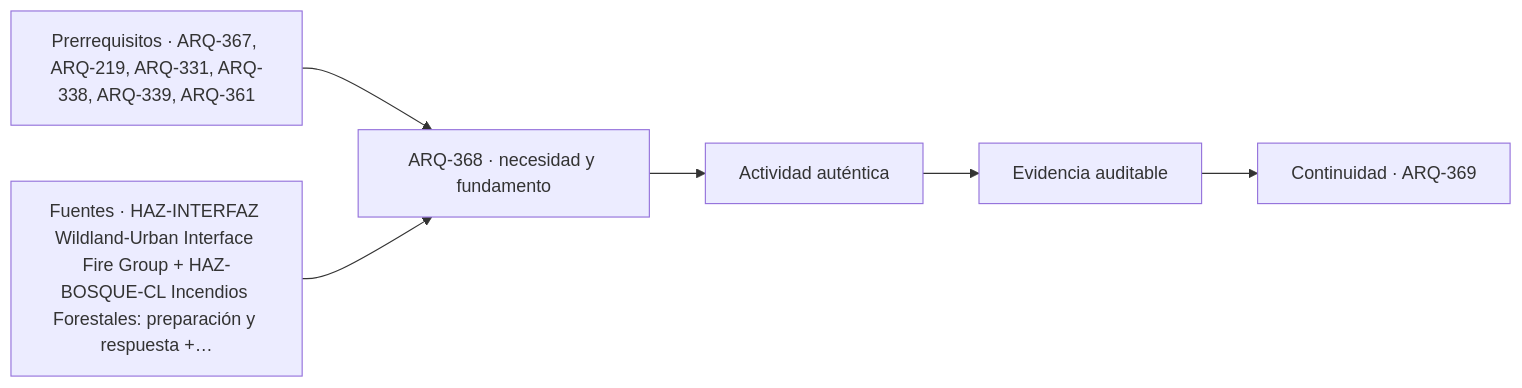
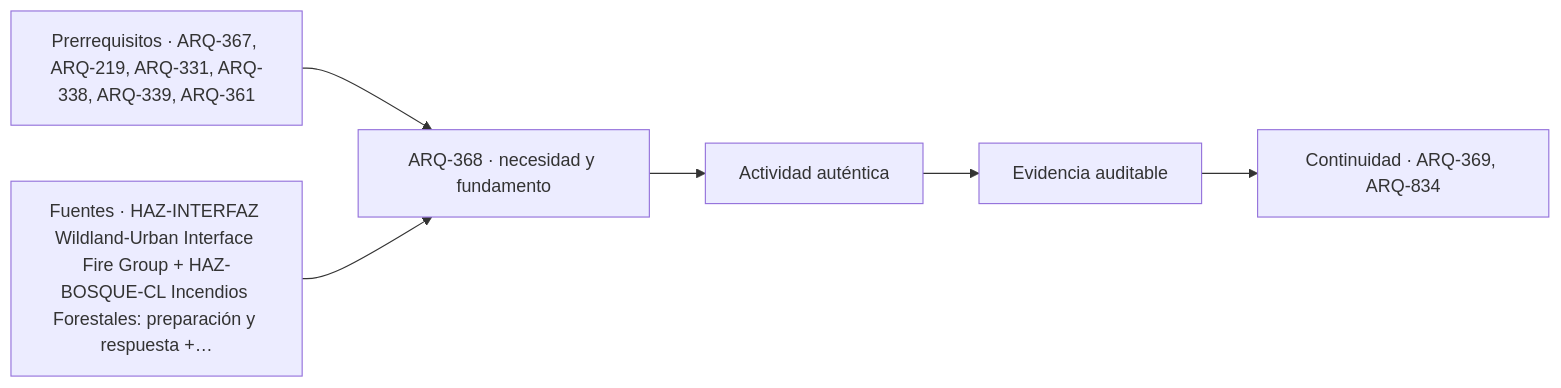
The diagram in classes/parte-37/ARQ-368.md (vladimiracunadev-create/architecture-built-environment-learning-program), drawn with Mermaid before and after one commit. The commit also changed other lines of this file and 182 other files, not shown here.

````diff
--- a/classes/parte-37/ARQ-368.md
+++ b/classes/parte-37/ARQ-368.md
@@ -125,8 +125,8 @@
 ```mermaid
 flowchart LR
     A["Prerrequisitos · ARQ-367, ARQ-219, ARQ-331, ARQ-338, ARQ-339, ARQ-361"] --> B["ARQ-368 · necesidad y fundamento"]
     S["Fuentes · HAZ-INTERFAZ Wildland-Urban Interface Fire Group + HAZ-BOSQUE-CL Incendios Forestales: preparación y respuesta +…"] --> B
     B --> C["Actividad auténtica"]
     C --> D["Evidencia auditable"]
-    D --> E["Continuidad · ARQ-369"]
+    D --> E["Continuidad · ARQ-369, ARQ-834"]
 ```
````
